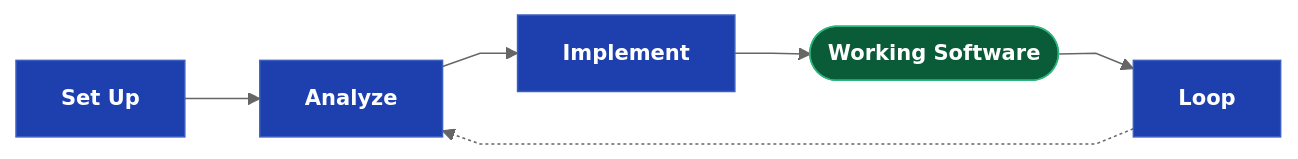
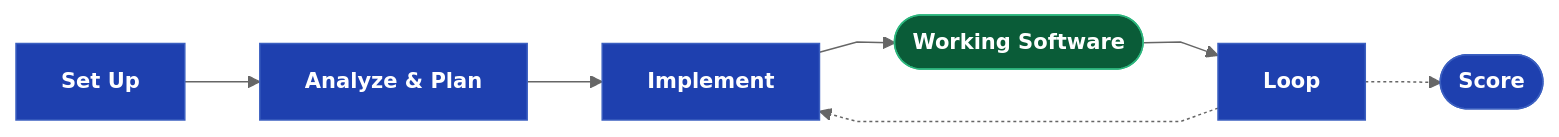
One commit to webcloudstudio/Drydock changed the first of 6 diagrams in docs/Drydock_Specification.md. Above: the diagram before and after it, drawn with Mermaid. The commit also changed other lines of this file, not shown here.

````diff
--- a/docs/Drydock_Specification.md
+++ b/docs/Drydock_Specification.md
@@ -56,16 +60,17 @@
 ```mermaid
 %%{init: {'theme': 'neutral', 'flowchart': {'curve': 'linear'}, 'themeVariables': {'fontSize': '14px'}}}%%
 flowchart LR
   classDef dir    fill:#0a5c38,stroke:#2cb67d,color:#fff,font-weight:bold
   classDef md     fill:#d4a017,stroke:#a07810,color:#111,font-weight:bold
   classDef script fill:#1e40af,stroke:#3b5fc0,color:#fff,font-weight:bold
   classDef prompt fill:#c2410c,stroke:#ea580c,color:#fff,font-weight:bold
   classDef output fill:#6d28d9,stroke:#8b5cf6,color:#fff,font-weight:bold
   classDef web    fill:#be123c,stroke:#fb7185,color:#fff,font-weight:bold
 
-  SETUP["Set Up"]:::script --> ANALYZE["Analyze"]:::script
+  SETUP["Set Up"]:::script --> ANALYZE["Analyze & Plan"]:::script
   ANALYZE --> IMPLEMENT["Implement"]:::script
   IMPLEMENT --> TARGET(["Working Software"]):::dir
   TARGET --> LOOP["Loop"]:::script
-  LOOP -.-> ANALYZE
+  LOOP -.-> IMPLEMENT
+  LOOP -.-> SCORE([Score]):::script
 ```
````
